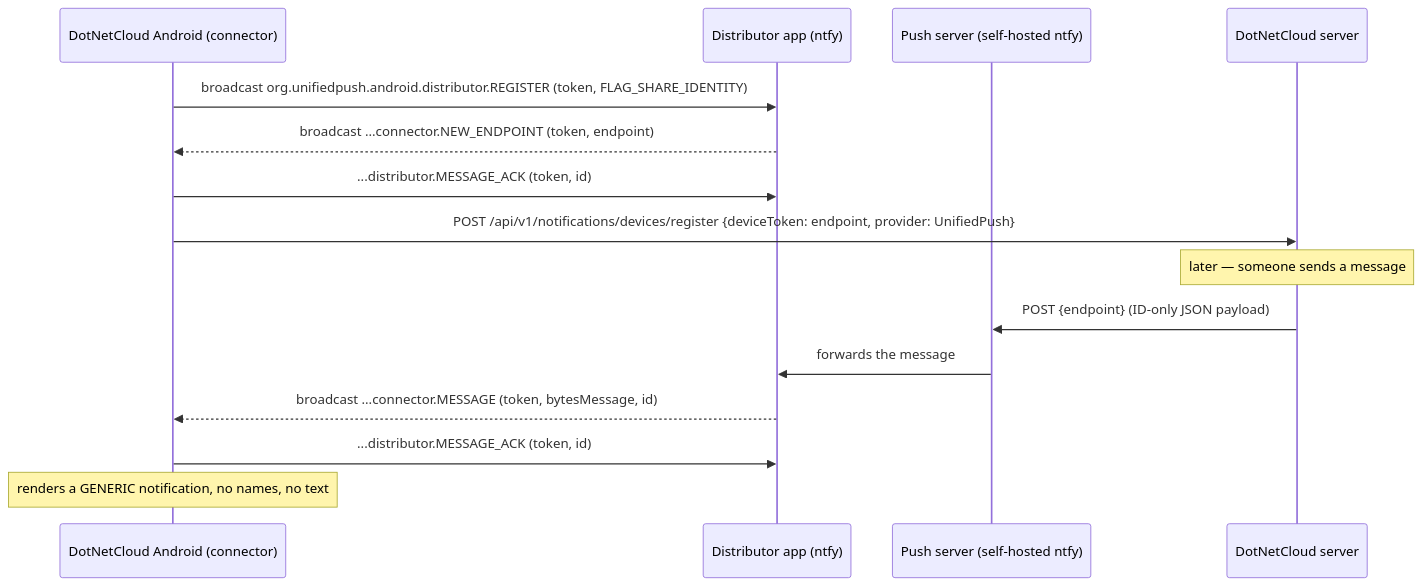
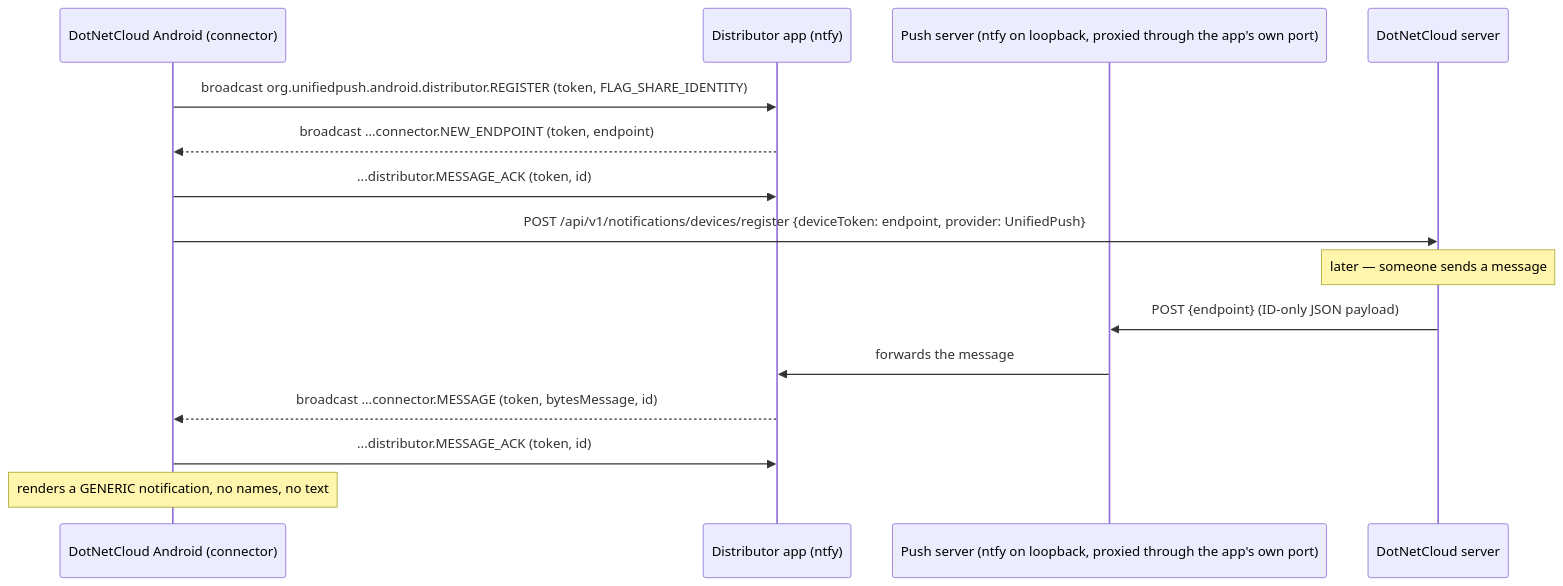
One commit to LLabmik/DotNetCloud changed the diagram in docs/ANDROID_UNIFIEDPUSH_PLAN.md. Above: the diagram before and after it, drawn with Mermaid. The commit also changed other lines of this file and 3 other files, not shown here.

First line of the commit message:
docs(push): finalize the deferred UnifiedPush plan (FCM removed, loopback ntfy)

````diff
--- a/docs/ANDROID_UNIFIEDPUSH_PLAN.md
+++ b/docs/ANDROID_UNIFIEDPUSH_PLAN.md
@@ -61,18 +82,18 @@
 ```mermaid
 sequenceDiagram
     participant App as DotNetCloud Android (connector)
     participant Dist as Distributor app (ntfy)
-    participant PS as Push server (self-hosted ntfy)
+    participant PS as Push server (ntfy on loopback, proxied through the app's own port)
     participant AS as DotNetCloud server
 
     App->>Dist: broadcast org.unifiedpush.android.distributor.REGISTER (token, FLAG_SHARE_IDENTITY)
     Dist-->>App: broadcast ...connector.NEW_ENDPOINT (token, endpoint)
     App->>Dist: ...distributor.MESSAGE_ACK (token, id)
     App->>AS: POST /api/v1/notifications/devices/register {deviceToken: endpoint, provider: UnifiedPush}
     Note over AS: later — someone sends a message
     AS->>PS: POST {endpoint} (ID-only JSON payload)
     PS->>Dist: forwards the message
     Dist-->>App: broadcast ...connector.MESSAGE (token, bytesMessage, id)
     App->>Dist: ...distributor.MESSAGE_ACK (token, id)
     Note over App: renders a GENERIC notification, no names, no text
 ```
````
